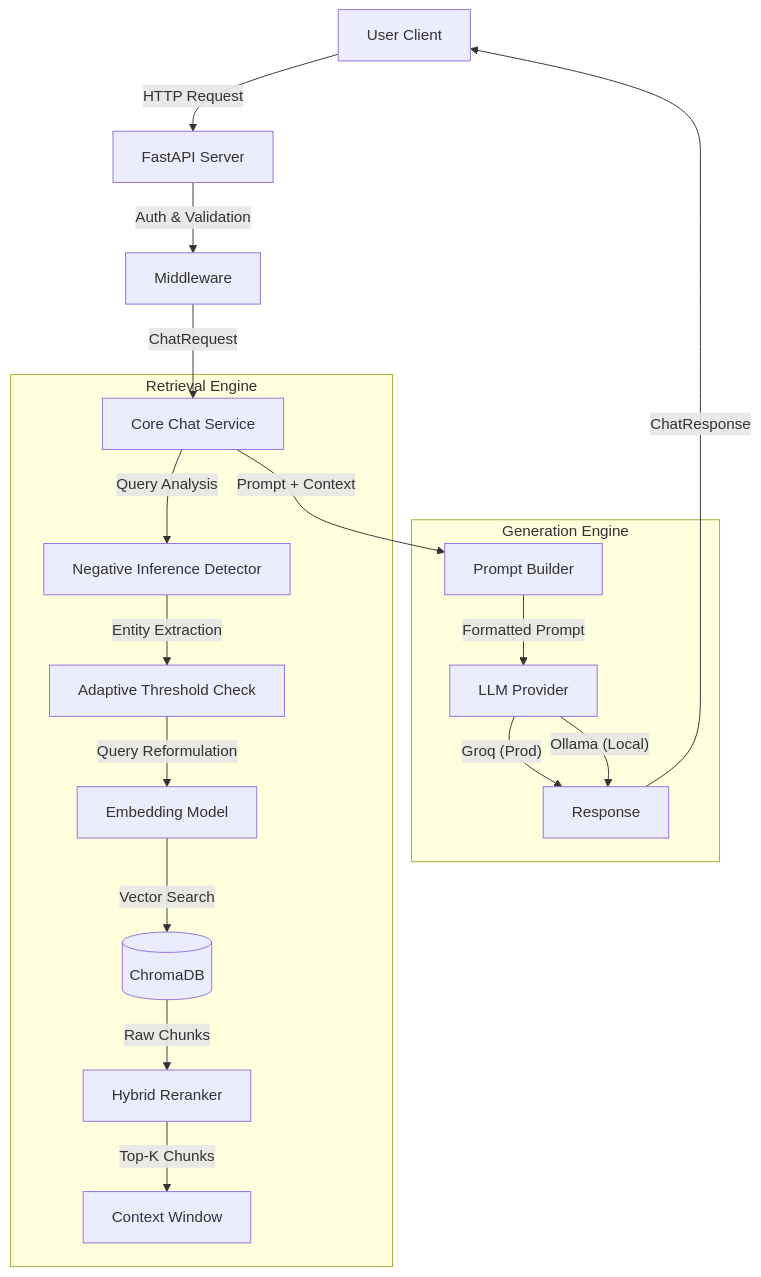
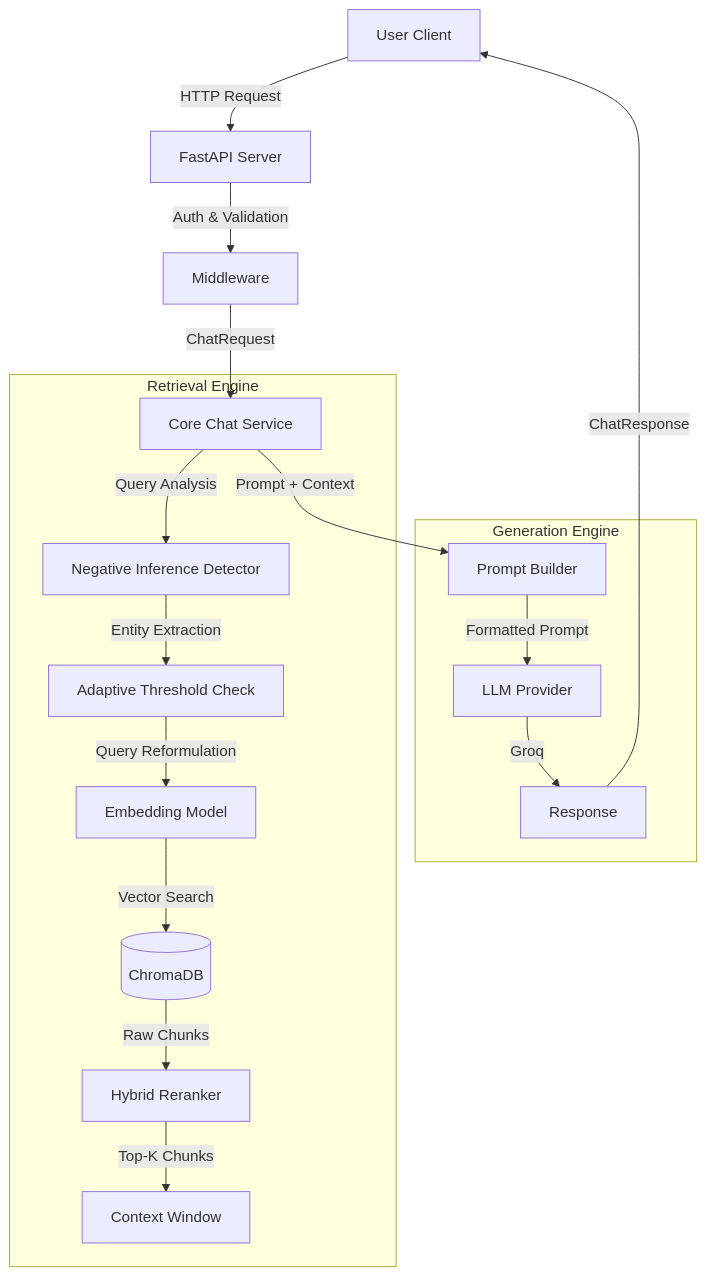
The diagram in docs/implementation_setup.md (vaishakkmenon/RAG_Personal), drawn with Mermaid before and after one commit. The commit also changed other lines of this file and 8 other files, not shown here.

````diff
--- a/docs/implementation_setup.md
+++ b/docs/implementation_setup.md
@@ -9,25 +9,24 @@
 ```mermaid
 graph TD
     User[User Client] -->|HTTP Request| API[FastAPI Server]
     API -->|Auth & Validation| Middleware
     Middleware -->|ChatRequest| ChatService[Core Chat Service]
 
     subgraph "Retrieval Engine"
         ChatService -->|Query Analysis| NegInf[Negative Inference Detector]
         NegInf -->|Entity Extraction| Adaptive[Adaptive Threshold Check]
         Adaptive -->|Query Reformulation| EmbedModel[Embedding Model]
 
         EmbedModel -->|Vector Search| ChromaDB[(ChromaDB)]
         ChromaDB -->|Raw Chunks| Reranker[Hybrid Reranker]
         Reranker -->|Top-K Chunks| Context[Context Window]
     end
 
     subgraph "Generation Engine"
         ChatService -->|Prompt + Context| PromptBuilder[Prompt Builder]
         PromptBuilder -->|Formatted Prompt| LLM[LLM Provider]
-        LLM --"Groq (Prod)"--> Response
-        LLM --"Ollama (Local)"--> Response
+        LLM --"Groq"--> Response
     end
 
     Response -->|ChatResponse| User
 ```
````
